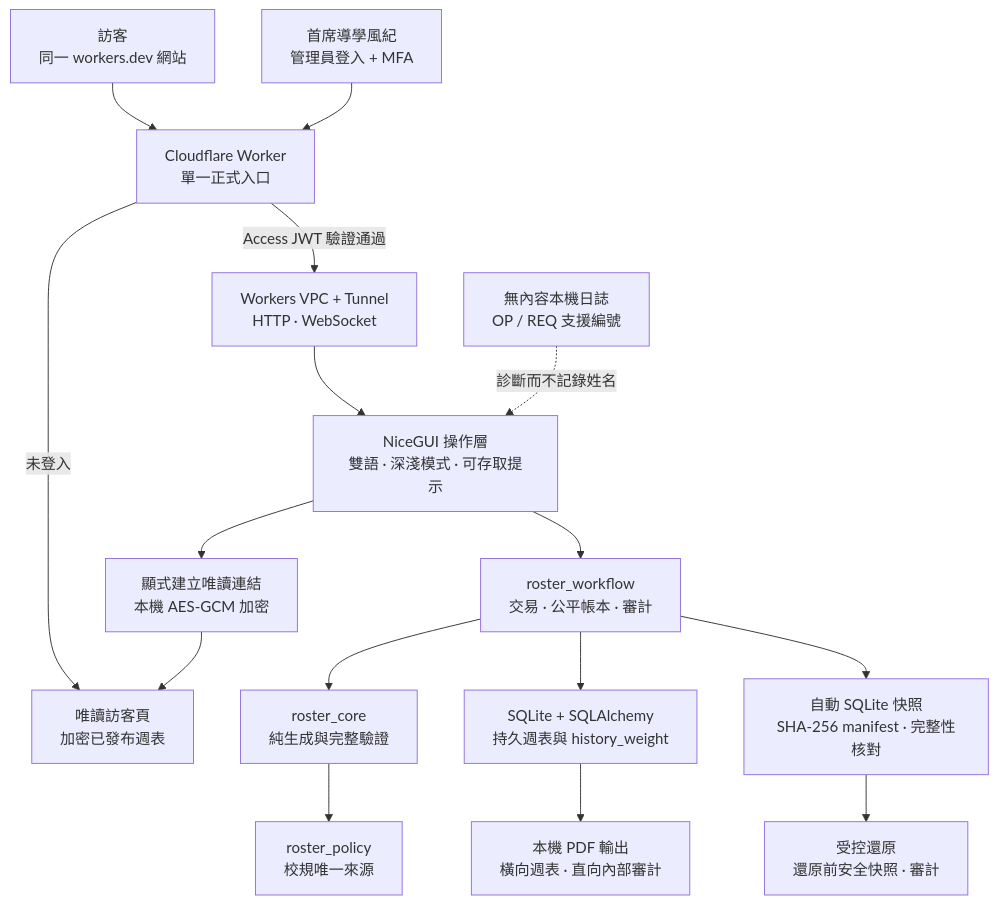
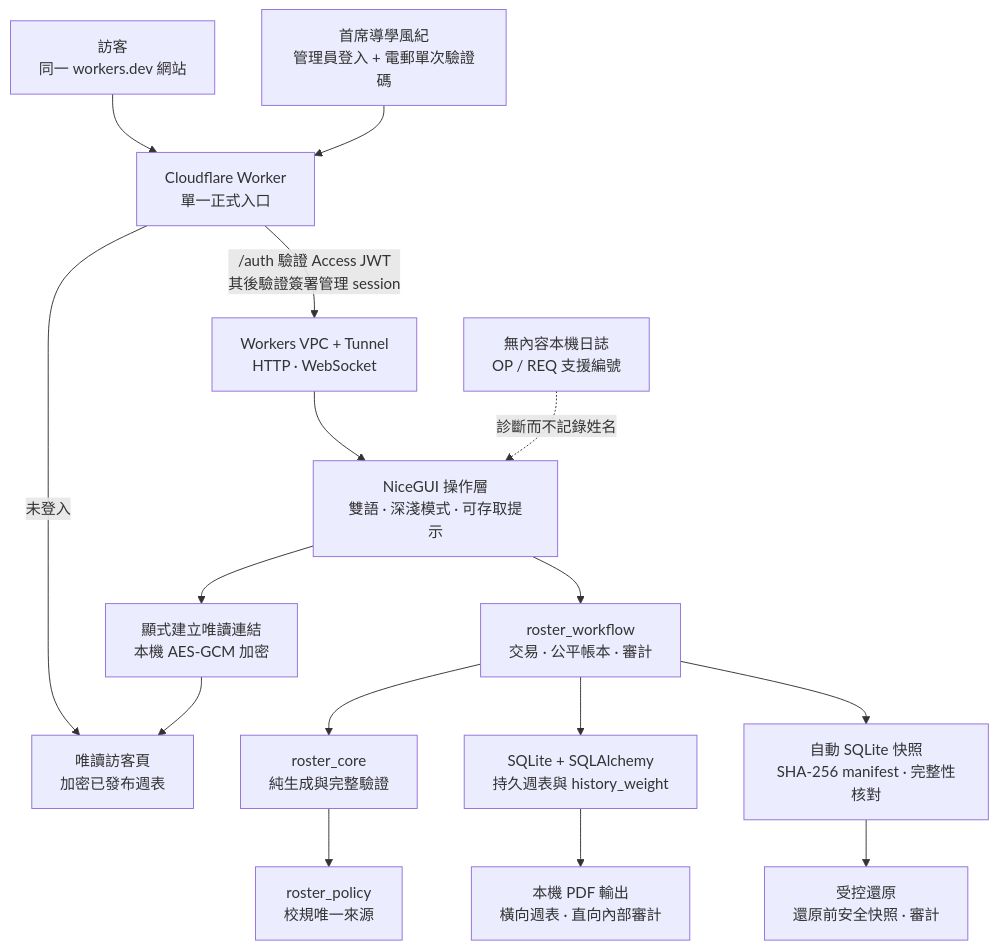
The first of 2 diagrams in README.md (JackyLi10777/Study-Prefect-Duty-Roster-System), drawn with Mermaid before and after one commit. The commit also changed other lines of this file and 92 other files, not shown here.

````diff
--- a/README.md
+++ b/README.md
@@ -144,18 +146,18 @@
 ```mermaid
 flowchart TB
     GUEST["訪客<br/>同一 workers.dev 網站"] --> EDGE["Cloudflare Worker<br/>單一正式入口"]
-    OP["首席導學風紀<br/>管理員登入 + MFA"] --> EDGE
+    OP["首席導學風紀<br/>管理員登入 + 電郵單次驗證碼"] --> EDGE
     EDGE -->|未登入| VIEWER["唯讀訪客頁<br/>加密已發布週表"]
-    EDGE -->|Access JWT 驗證通過| VPC["Workers VPC + Tunnel<br/>HTTP · WebSocket"]
+    EDGE -->|/auth 驗證 Access JWT<br/>其後驗證簽署管理 session| VPC["Workers VPC + Tunnel<br/>HTTP · WebSocket"]
     VPC --> UI["NiceGUI 操作層<br/>雙語 · 深淺模式 · 可存取提示"]
     UI --> WF["roster_workflow<br/>交易 · 公平帳本 · 審計"]
     WF --> CORE["roster_core<br/>純生成與完整驗證"]
     CORE --> POLICY["roster_policy<br/>校規唯一來源"]
     WF --> DB["SQLite + SQLAlchemy<br/>持久週表與 history_weight"]
     WF --> SNAP["自動 SQLite 快照<br/>SHA-256 manifest · 完整性核對"]
     DB --> PDF["本機 PDF 輸出<br/>橫向週表 · 直向內部審計"]
     UI --> SHARE["顯式建立唯讀連結<br/>本機 AES-GCM 加密"]
     SHARE --> VIEWER
     SNAP --> RESTORE["受控還原<br/>還原前安全快照 · 審計"]
     LOG["無內容本機日誌<br/>OP / REQ 支援編號"] -. 診斷而不記錄姓名 .-> UI
 ```
````
